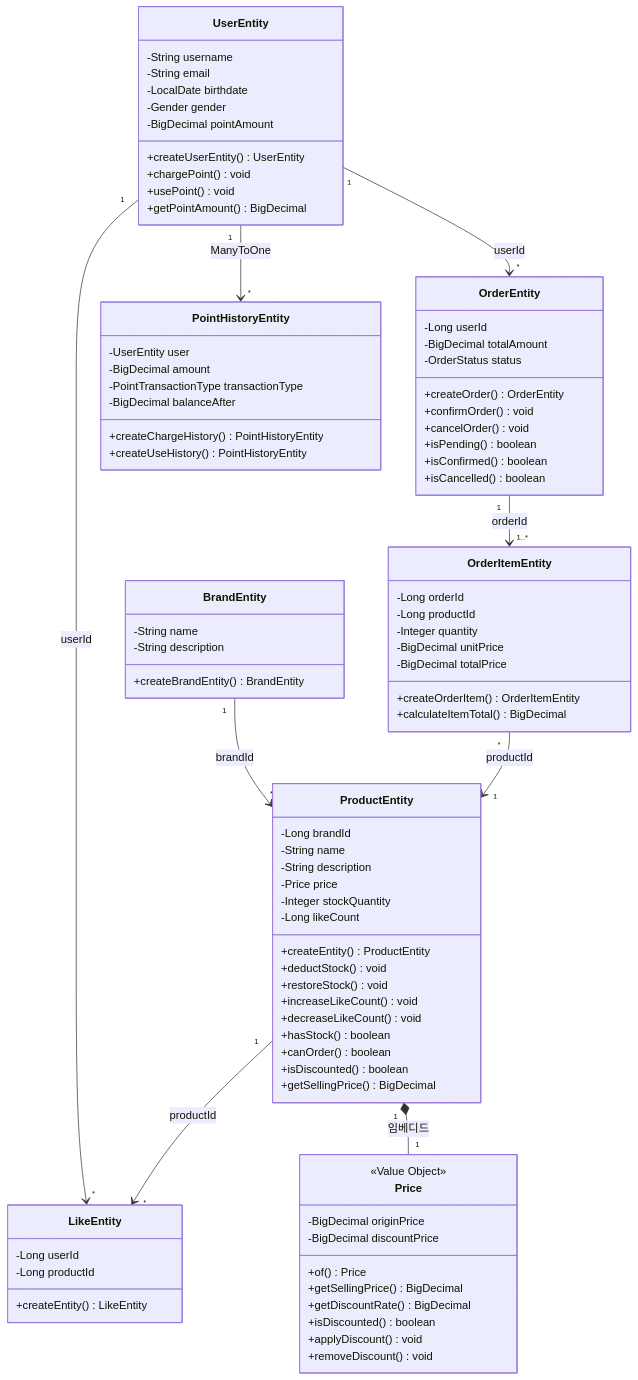
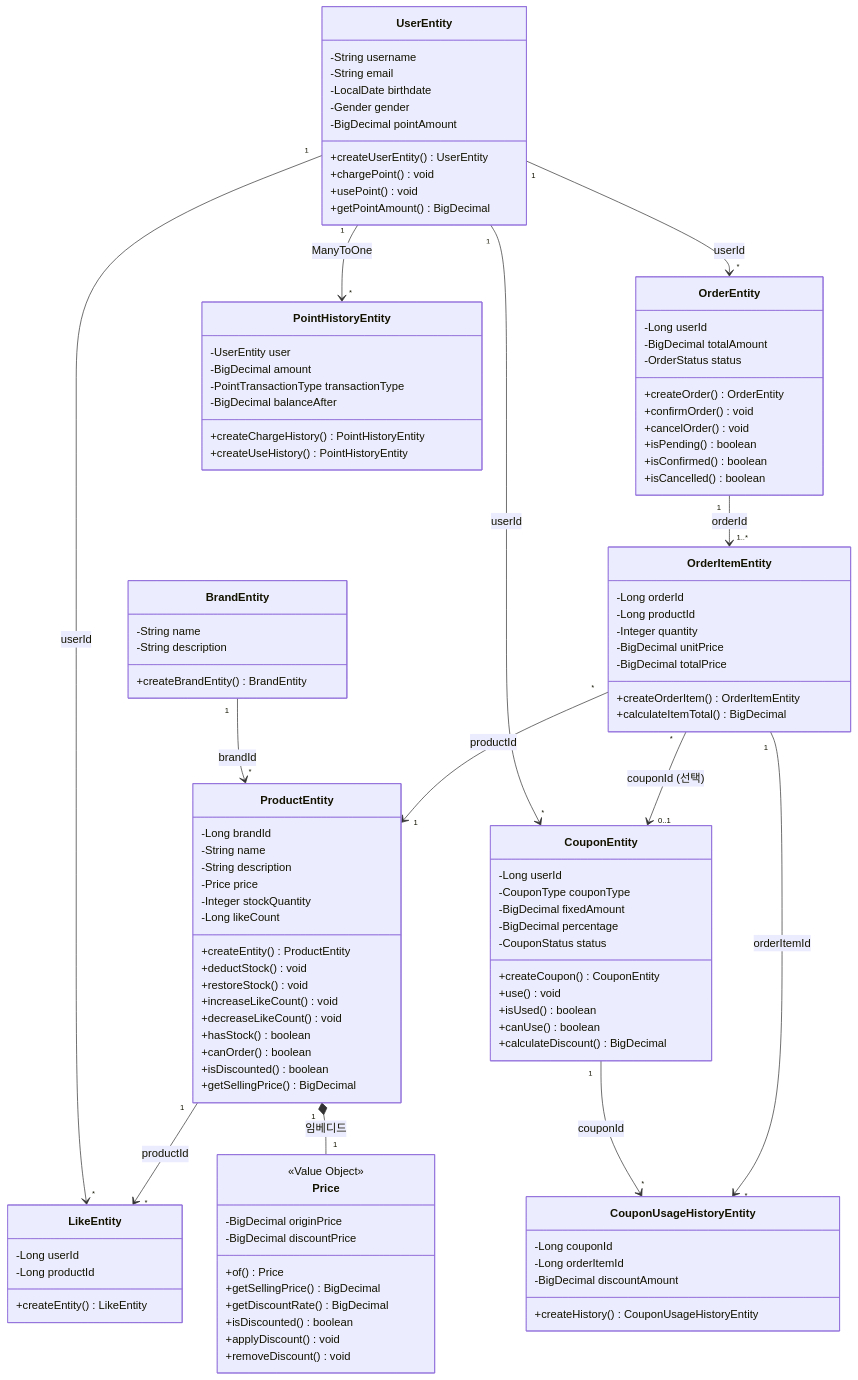
Before and after one commit to hyujikoh/loopers-spring-java-template: the first of 6 diagrams in docs/week4/03-class-diagram.md, drawn with Mermaid. The commit also changed other lines of this file and 1 other file, not shown here.

First line of the commit message:
feat(coupon): 쿠폰 도메인 및 사용 이력 추가

````diff
--- a/docs/week4/03-class-diagram.md
+++ b/docs/week4/03-class-diagram.md
@@ -122,12 +127,36 @@
         +createUseHistory() PointHistoryEntity
     }
 
+    class CouponEntity {
+        -Long userId
+        -CouponType couponType
+        -BigDecimal fixedAmount
+        -BigDecimal percentage
+        -CouponStatus status
+        +createCoupon() CouponEntity
+        +use() void
+        +isUsed() boolean
+        +canUse() boolean
+        +calculateDiscount() BigDecimal
+    }
+
+    class CouponUsageHistoryEntity {
+        -Long couponId
+        -Long orderItemId
+        -BigDecimal discountAmount
+        +createHistory() CouponUsageHistoryEntity
+    }
+
     UserEntity "1" --> "*" LikeEntity : userId
     UserEntity "1" --> "*" OrderEntity : userId
     UserEntity "1" --> "*" PointHistoryEntity : ManyToOne
+    UserEntity "1" --> "*" CouponEntity : userId
     ProductEntity "1" --> "*" LikeEntity : productId
     BrandEntity "1" --> "*" ProductEntity : brandId
     ProductEntity "1" *-- "1" Price : 임베디드
     OrderEntity "1" --> "1..*" OrderItemEntity : orderId
     OrderItemEntity "*" --> "1" ProductEntity : productId
+    OrderItemEntity "*" --> "0..1" CouponEntity : couponId (선택)
+    CouponEntity "1" --> "*" CouponUsageHistoryEntity : couponId
+    OrderItemEntity "1" --> "*" CouponUsageHistoryEntity : orderItemId
 ```
````
